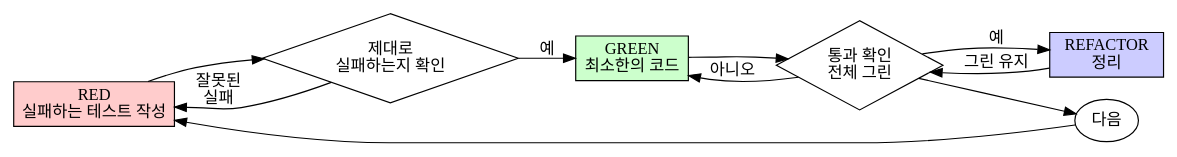
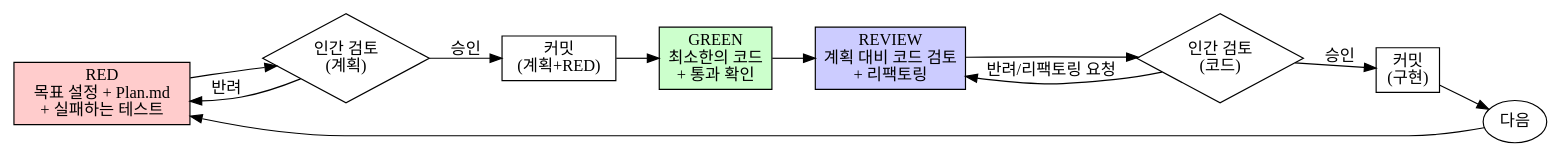
Before and after one commit to gjdms611/bowling-tdd: the diagram in .claude/skills/tdd-skill/SKILL.md, drawn with Graphviz. The commit also changed other lines of this file, not shown here.

First line of the commit message:
Update tdd-skill: Red-Green-Refactor -> Red-Green-Review with human-in-the-loop

````diff
--- a/.claude/skills/tdd-skill/SKILL.md
+++ b/.claude/skills/tdd-skill/SKILL.md
@@ -50,21 +52,24 @@
 ```dot
 digraph tdd_cycle {
     rankdir=LR;
-    red [label="RED\n실패하는 테스트 작성", shape=box, style=filled, fillcolor="#ffcccc"];
-    verify_red [label="제대로\n실패하는지 확인", shape=diamond];
-    green [label="GREEN\n최소한의 코드", shape=box, style=filled, fillcolor="#ccffcc"];
-    verify_green [label="통과 확인\n전체 그린", shape=diamond];
-    refactor [label="REFACTOR\n정리", shape=box, style=filled, fillcolor="#ccccff"];
+    plan [label="RED\n목표 설정 + Plan.md\n+ 실패하는 테스트", shape=box, style=filled, fillcolor="#ffcccc"];
+    human_red [label="인간 검토\n(계획)", shape=diamond];
+    commit_red [label="커밋\n(계획+RED)", shape=box];
+    green [label="GREEN\n최소한의 코드\n+ 통과 확인", shape=box, style=filled, fillcolor="#ccffcc"];
+    review [label="REVIEW\n계획 대비 코드 검토\n+ 리팩토링", shape=box, style=filled, fillcolor="#ccccff"];
+    human_review [label="인간 검토\n(코드)", shape=diamond];
+    commit_review [label="커밋\n(구현)", shape=box];
     next [label="다음", shape=ellipse];
 
-    red -> verify_red;
-    verify_red -> green [label="예"];
-    verify_red -> red [label="잘못된\n실패"];
-    green -> verify_green;
-    verify_green -> refactor [label="예"];
-    verify_green -> green [label="아니오"];
-    refactor -> verify_green [label="그린 유지"];
-    verify_green -> next;
-    next -> red;
+    plan -> human_red;
+    human_red -> commit_red [label="승인"];
+    human_red -> plan [label="반려"];
+    commit_red -> green;
+    green -> review;
+    review -> human_review;
+    human_review -> commit_review [label="승인"];
+    human_review -> review [label="반려/리팩토링 요청"];
+    commit_review -> next;
+    next -> plan;
 }
 ```
````
